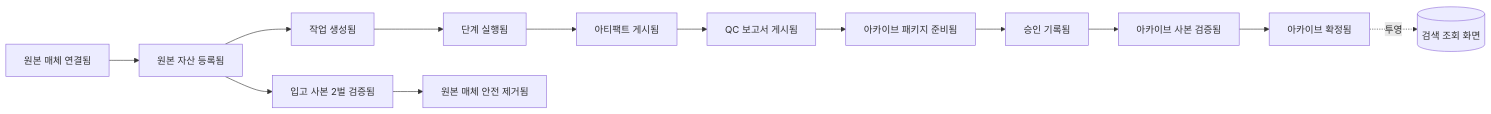
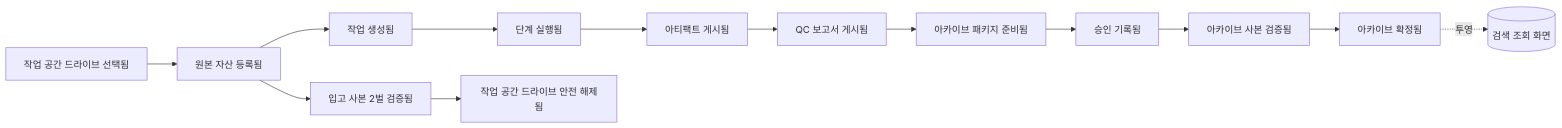
Before and after one commit to Jeon-HyeongJoon/Video-Production-Archive: the first of 2 diagrams in docs/design/08-event-storming.md, drawn with Mermaid. The commit also changed other lines of this file and 21 other files, not shown here.

````diff
--- a/docs/design/08-event-storming.md
+++ b/docs/design/08-event-storming.md
@@ -32,15 +32,15 @@
 ```mermaid
 flowchart LR
-    A[원본 매체 연결됨] --> B[원본 자산 등록됨]
+    A[작업 공간 드라이브 선택됨] --> B[원본 자산 등록됨]
     B --> C[입고 사본 2벌 검증됨]
     B --> D[작업 생성됨]
     D --> E[단계 실행됨]
     E --> F[아티팩트 게시됨]
     F --> G[QC 보고서 게시됨]
     G --> H[아카이브 패키지 준비됨]
     H --> I[승인 기록됨]
     I --> J[아카이브 사본 검증됨]
     J --> K[아카이브 확정됨]
     K -. 투영 .-> L[(검색 조회 화면)]
-    C --> M[원본 매체 안전 제거됨]
+    C --> M[작업 공간 드라이브 안전 해제됨]
 ```
````
